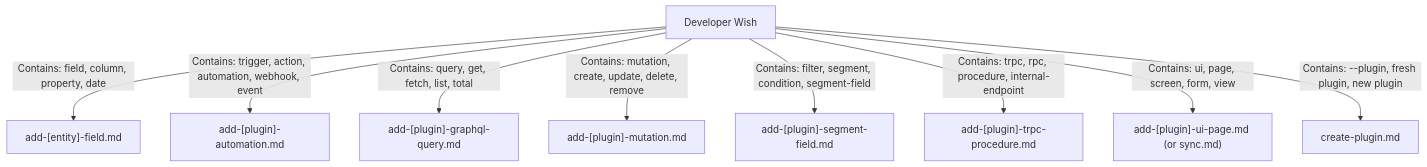
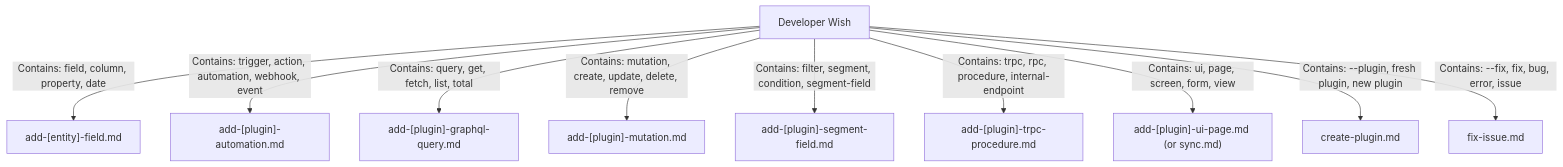
One commit to erxes/erxes changed the first of 2 diagrams in .agents/skills/start.md. Above: the diagram before and after it, drawn with Mermaid. The commit also changed other lines of this file and 4 other files, not shown here.

Commit message:
feat(agents): implement --fix attribute, bug auto-detection, and fix-issue playbook

````diff
--- a/.agents/skills/start.md
+++ b/.agents/skills/start.md
@@ -23,11 +23,12 @@
 ```mermaid
 graph TD
     Wish["Developer Wish"] -->|Contains: field, column, property, date| Field["add-[entity]-field.md"]
     Wish -->|Contains: trigger, action, automation, webhook, event| Auto["add-[plugin]-automation.md"]
     Wish -->|Contains: query, get, fetch, list, total| Query["add-[plugin]-graphql-query.md"]
     Wish -->|Contains: mutation, create, update, delete, remove| Mut["add-[plugin]-mutation.md"]
     Wish -->|Contains: filter, segment, condition, segment-field| Seg["add-[plugin]-segment-field.md"]
     Wish -->|Contains: trpc, rpc, procedure, internal-endpoint| TRPC["add-[plugin]-trpc-procedure.md"]
     Wish -->|Contains: ui, page, screen, form, view| UI["add-[plugin]-ui-page.md (or sync.md)"]
     Wish -->|Contains: --plugin, fresh plugin, new plugin| CreatePlugin["create-plugin.md"]
+    Wish -->|Contains: --fix, fix, bug, error, issue| FixIssue["fix-issue.md"]
 ```
````
